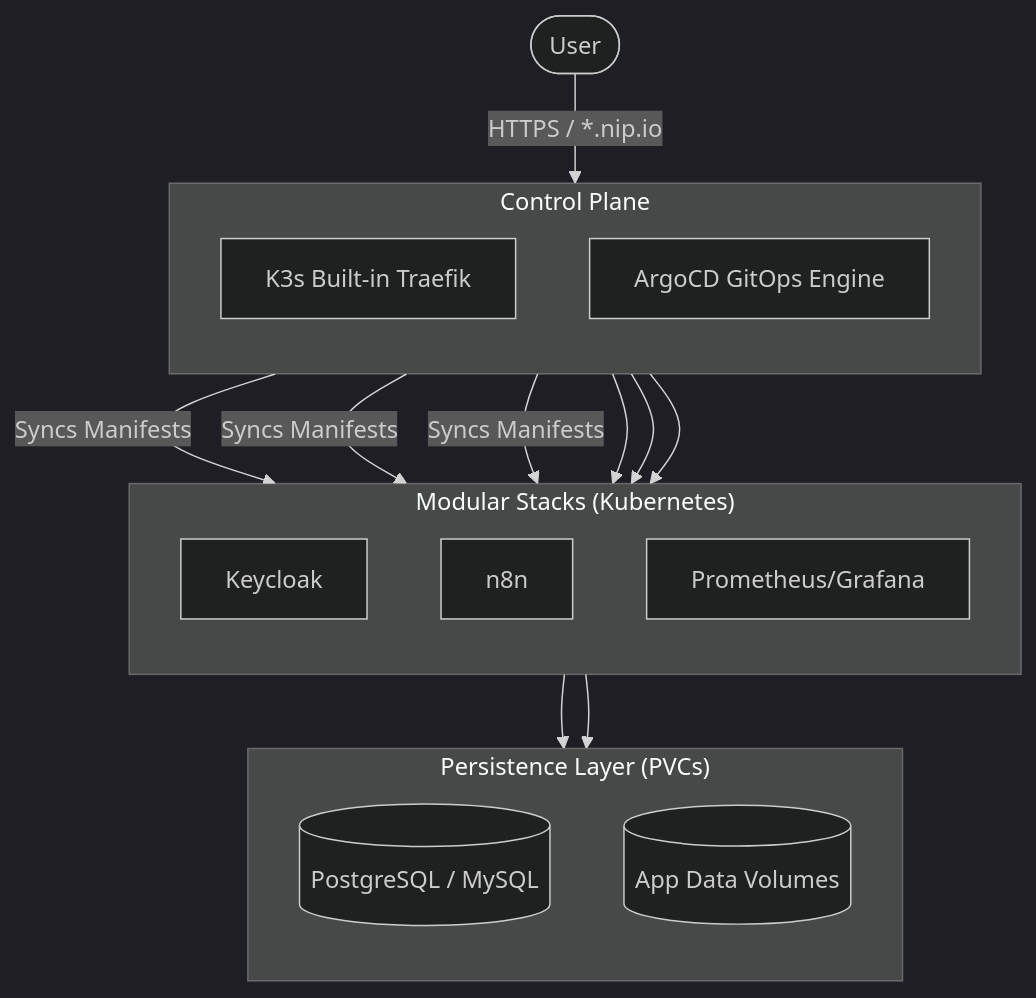
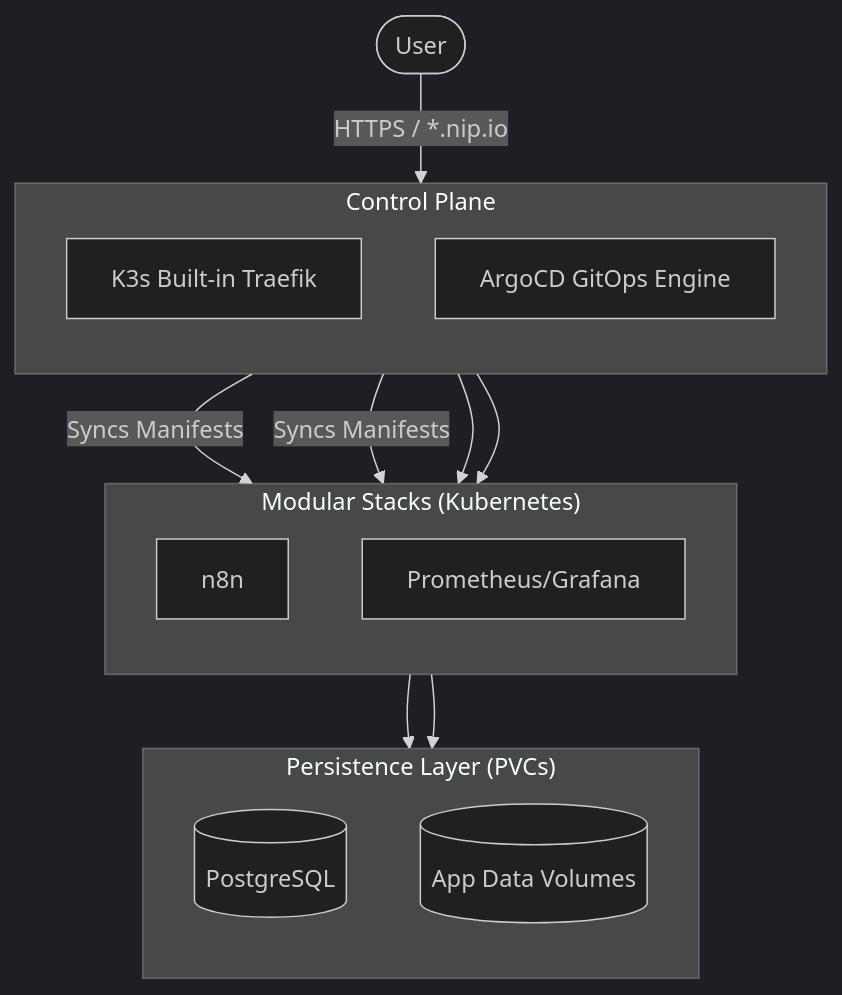
The diagram in docs/posts/k3s-argocd-sandbox-article.md (chinmaymjog/k3s-argocd-sandbox), drawn with Mermaid (dark theme) before and after one commit. The commit also changed 20 other files, not shown here.

````diff
--- a/docs/posts/k3s-argocd-sandbox-article.md
+++ b/docs/posts/k3s-argocd-sandbox-article.md
@@ -20,34 +20,31 @@
 ```mermaid
 graph TD
     User([User]) -->|HTTPS / *.nip.io| Traefik[K3s Built-in Traefik]
     
     subgraph "Control Plane"
     direction TB
         Traefik
         ArgoCD[ArgoCD GitOps Engine]
     end
 
     subgraph "Modular Stacks (Kubernetes)"
     direction TB
-        App1[Keycloak]
-        App2[n8n]
-        App3[Prometheus/Grafana]
+        App1[n8n]
+        App2[Prometheus/Grafana]
     end
 
     subgraph "Persistence Layer (PVCs)"
     direction TB
-        DB[(PostgreSQL / MySQL)]
+        DB[(PostgreSQL)]
         Vol[(App Data Volumes)]
     end
 
     ArgoCD -->|Syncs Manifests| App1
     ArgoCD -->|Syncs Manifests| App2
-    ArgoCD -->|Syncs Manifests| App3
     
     Traefik --> App1
     Traefik --> App2
-    Traefik --> App3
     
     App1 --> DB
     App2 --> DB
 ```
````
